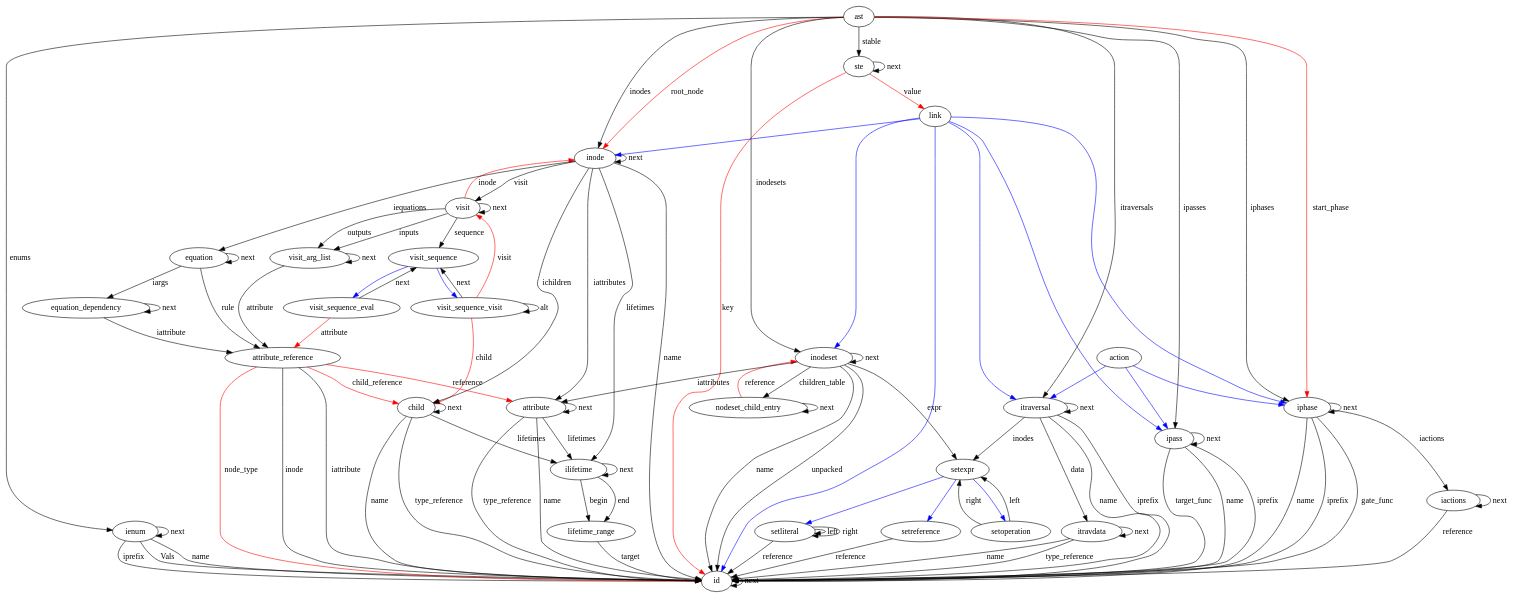
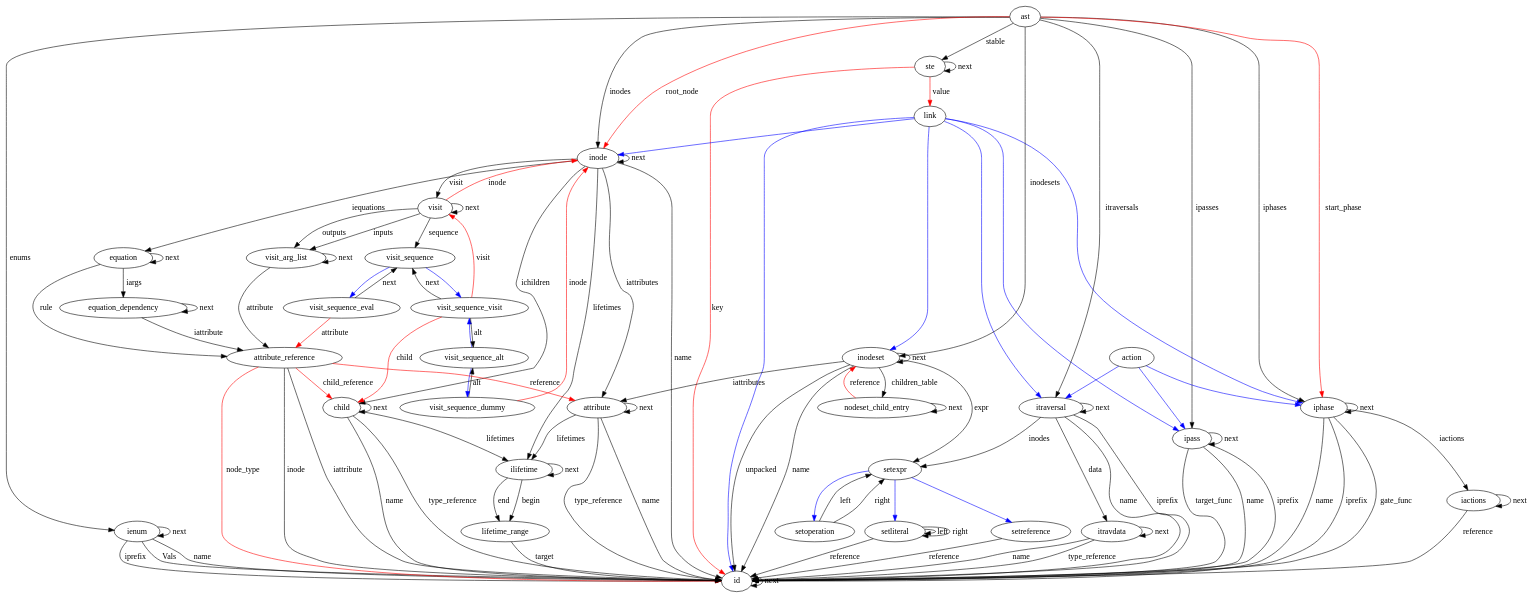
Before and after one commit to CoCoNut-UvA/coconut: the diagram in cocogen/ccngen/ast.dot, drawn with Graphviz. The commit also changed 24 other files, not shown here.

```diff
--- a/cocogen/ccngen/ast.dot
+++ b/cocogen/ccngen/ast.dot
@@ -1,138 +1,144 @@
 digraph Ast {
 id;
 id -> id[label="next"]
 ienum;
 ienum -> id[label="Vals"]
 ienum -> id[label="name"]
 ienum -> id[label="iprefix"]
 ienum -> ienum[label="next"]
+visit_sequence_dummy;
+visit_sequence_dummy -> visit_sequence_alt[label="alt"]
+visit_sequence_dummy -> inode[color=red, label="inode"]
 visit_sequence_visit;
-visit_sequence_visit -> visit_sequence_visit[label="alt"]
+visit_sequence_visit -> visit_sequence_alt[label="alt"]
 visit_sequence_visit -> visit_sequence[label="next"]
 visit_sequence_visit -> child[color=red, label="child"]
 visit_sequence_visit -> visit[color=red, label="visit"]
 visit_sequence_eval;
 visit_sequence_eval -> visit_sequence[label="next"]
 visit_sequence_eval -> attribute_reference[color=red, label="attribute"]
 visit;
 visit -> visit_sequence[label="sequence"]
 visit -> visit_arg_list[label="inputs"]
 visit -> visit_arg_list[label="outputs"]
 visit -> visit[label="next"]
 visit -> inode[color=red, label="inode"]
 visit_arg_list;
 visit_arg_list -> attribute_reference[label="attribute"]
 visit_arg_list -> visit_arg_list[label="next"]
 attribute_reference;
 attribute_reference -> id[label="inode"]
 attribute_reference -> id[label="iattribute"]
 attribute_reference -> id[color=red, label="node_type"]
 attribute_reference -> attribute[color=red, label="reference"]
 attribute_reference -> child[color=red, label="child_reference"]
 equation_dependency;
 equation_dependency -> attribute_reference[label="iattribute"]
 equation_dependency -> equation_dependency[label="next"]
 equation;
 equation -> attribute_reference[label="rule"]
 equation -> equation_dependency[label="iargs"]
 equation -> equation[label="next"]
 attribute;
 attribute -> id[label="name"]
 attribute -> id[label="type_reference"]
 attribute -> ilifetime[label="lifetimes"]
 attribute -> attribute[label="next"]
 itravdata;
 itravdata -> id[label="name"]
 itravdata -> id[label="type_reference"]
 itravdata -> itravdata[label="next"]
 setoperation;
 setoperation -> setexpr[label="left"]
 setoperation -> setexpr[label="right"]
 setliteral;
 setliteral -> id[label="reference"]
 setliteral -> setliteral[label="left"]
 setliteral -> setliteral[label="right"]
 setreference;
 setreference -> id[label="reference"]
 ste;
 ste -> ste[label="next"]
 ste -> id[color=red, label="key"]
 ste -> link[color=red, label="value"]
 child;
 child -> id[label="name"]
 child -> ilifetime[label="lifetimes"]
 child -> child[label="next"]
 child -> id[label="type_reference"]
 lifetime_range;
 lifetime_range -> id[label="target"]
 ilifetime;
 ilifetime -> lifetime_range[label="begin"]
 ilifetime -> lifetime_range[label="end"]
 ilifetime -> ilifetime[label="next"]
 nodeset_child_entry;
 nodeset_child_entry -> nodeset_child_entry[label="next"]
 nodeset_child_entry -> inodeset[color=red, label="reference"]
 inodeset;
 inodeset -> id[label="name"]
 inodeset -> setexpr[label="expr"]
 inodeset -> attribute[label="iattributes"]
 inodeset -> id[label="unpacked"]
 inodeset -> inodeset[label="next"]
 inodeset -> nodeset_child_entry[label="children_table"]
 inode;
 inode -> id[label="name"]
 inode -> inode[label="next"]
 inode -> child[label="ichildren"]
 inode -> attribute[label="iattributes"]
 inode -> equation[label="iequations"]
 inode -> ilifetime[label="lifetimes"]
 inode -> visit[label="visit"]
 ipass;
 ipass -> id[label="name"]
 ipass -> id[label="iprefix"]
 ipass -> id[label="target_func"]
 ipass -> ipass[label="next"]
 itraversal;
 itraversal -> id[label="name"]
 itraversal -> id[label="iprefix"]
 itraversal -> setexpr[label="inodes"]
 itraversal -> itravdata[label="data"]
 itraversal -> itraversal[label="next"]
 iphase;
 iphase -> id[label="name"]
 iphase -> id[label="iprefix"]
 iphase -> id[label="gate_func"]
 iphase -> iactions[label="iactions"]
 iphase -> iphase[label="next"]
 iactions;
 iactions -> id[label="reference"]
 iactions -> iactions[label="next"]
 ast;
 ast -> iphase[label="iphases"]
 ast -> itraversal[label="itraversals"]
 ast -> ipass[label="ipasses"]
 ast -> inode[label="inodes"]
 ast -> inodeset[label="inodesets"]
 ast -> ienum[label="enums"]
 ast -> ste[label="stable"]
 ast -> inode[color=red, label="root_node"]
 ast -> iphase[color=red, label="start_phase"]
+visit_sequence_alt;
+visit_sequence_alt -> visit_sequence_visit [color=blue]
+visit_sequence_alt -> visit_sequence_dummy [color=blue]
 visit_sequence;
 visit_sequence -> visit_sequence_eval [color=blue]
 visit_sequence -> visit_sequence_visit [color=blue]
 setexpr;
 setexpr -> setoperation [color=blue]
 setexpr -> setreference [color=blue]
 setexpr -> setliteral [color=blue]
 link;
 link -> iphase [color=blue]
 link -> itraversal [color=blue]
 link -> ipass [color=blue]
 link -> inode [color=blue]
 link -> inodeset [color=blue]
 link -> id [color=blue]
 action;
 action -> iphase [color=blue]
 action -> itraversal [color=blue]
 action -> ipass [color=blue]
 }
```
